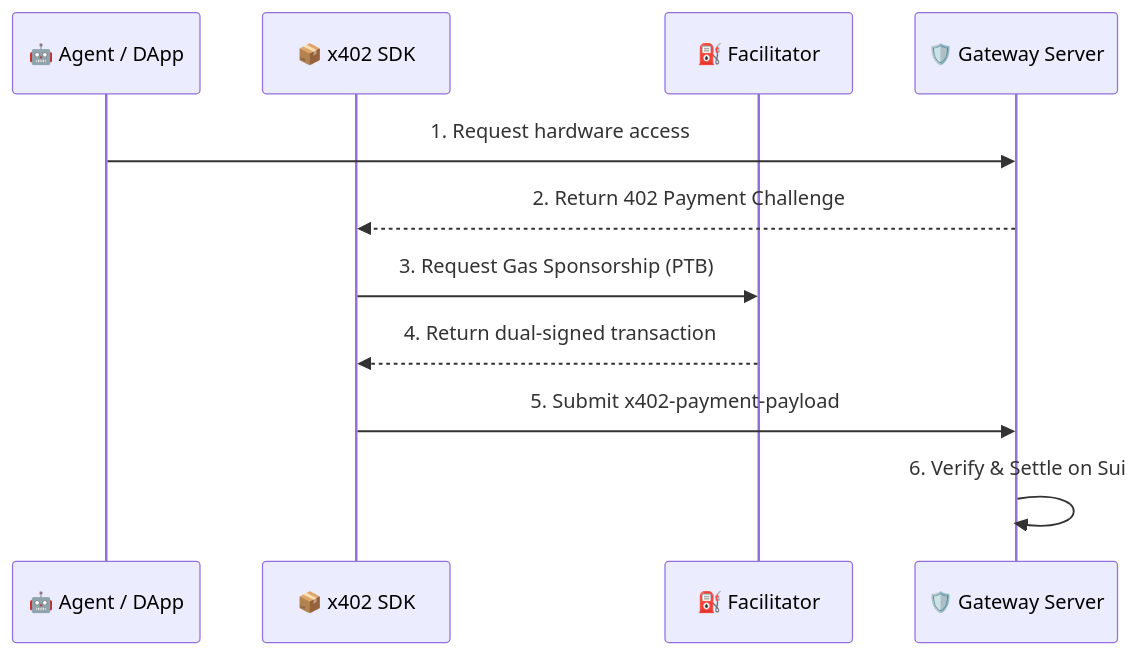
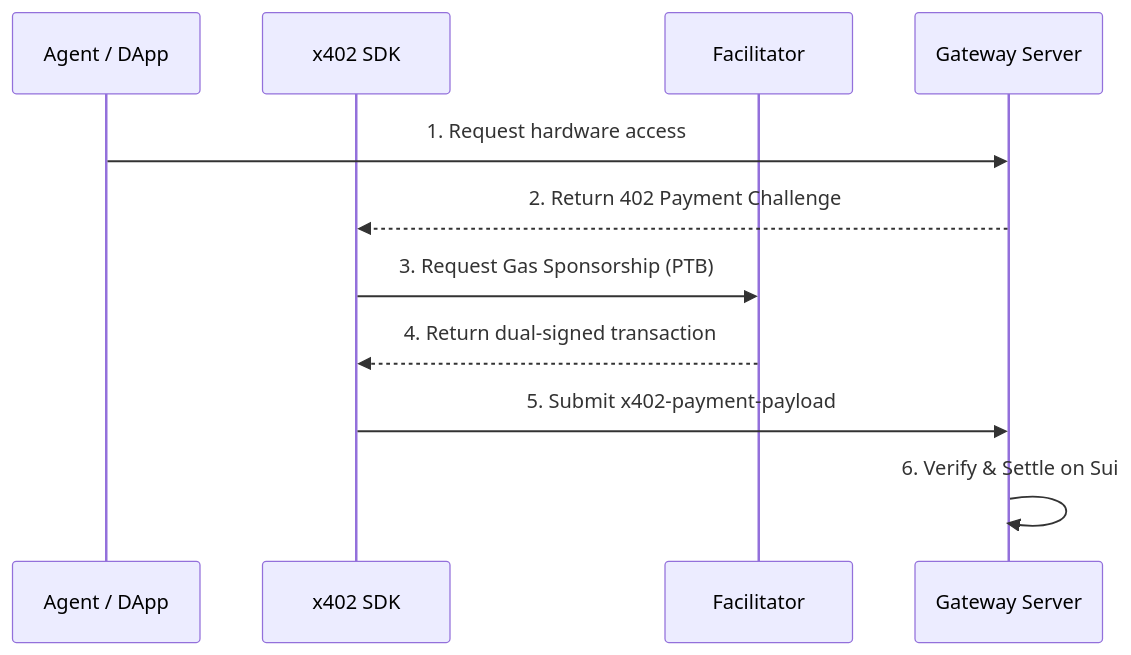
The second of 6 diagrams in README.md (altaga/Aether), drawn with Mermaid before and after one commit. The commit also changed other lines of this file and 2 other files, not shown here.

````diff
--- a/README.md
+++ b/README.md
@@ -100,14 +100,14 @@
 ```mermaid
 sequenceDiagram
-    participant Client as 🤖 Agent / DApp
-    participant SDK as 📦 x402 SDK
-    participant Facil as ⛽ Facilitator
-    participant Server as 🛡️ Gateway Server
+    participant Client as Agent / DApp
+    participant SDK as x402 SDK
+    participant Facil as Facilitator
+    participant Server as Gateway Server
 
     Client->>Server: 1. Request hardware access
     Server-->>SDK: 2. Return 402 Payment Challenge
     SDK->>Facil: 3. Request Gas Sponsorship (PTB)
     Facil-->>SDK: 4. Return dual-signed transaction
     SDK->>Server: 5. Submit x402-payment-payload
     Server->>Server: 6. Verify & Settle on Sui
 ```
````
